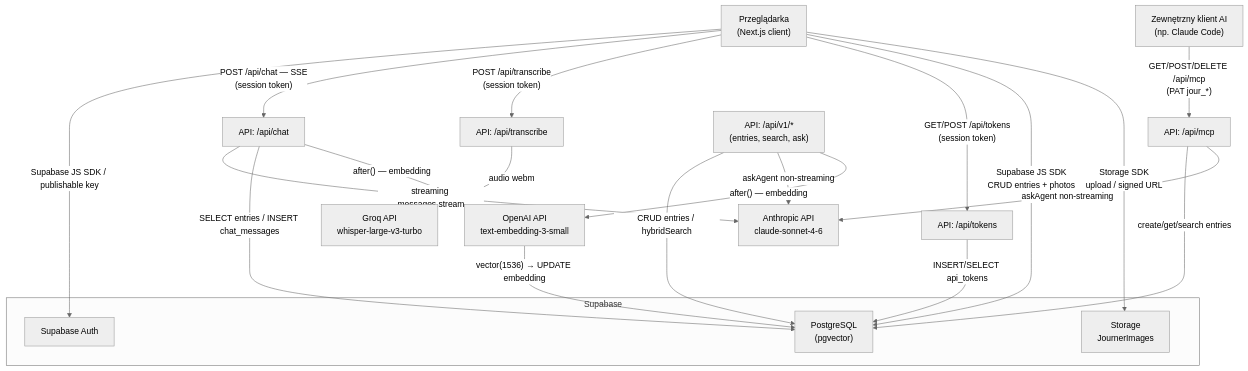
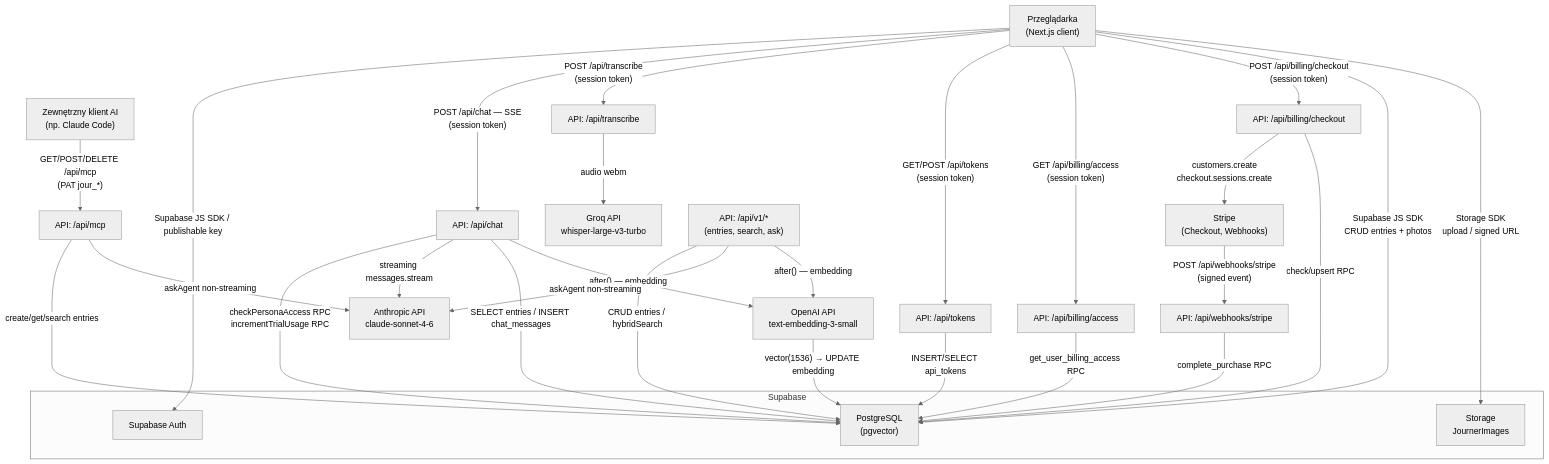
Before and after one commit to kamiljurek13-jpg/Journer: the diagram in architektura.md, drawn with Mermaid (neutral theme). The commit also changed other lines of this file, not shown here.

````diff
--- a/architektura.md
+++ b/architektura.md
@@ -13,38 +13,49 @@
 ```mermaid
 graph TD
     Browser["Przeglądarka\n(Next.js client)"]
     ExternalAI["Zewnętrzny klient AI\n(np. Claude Code)"]
+    StripeService["Stripe\n(Checkout, Webhooks)"]
 
     Browser -->|"Supabase JS SDK / publishable key"| SupaAuth["Supabase Auth"]
     Browser -->|"POST /api/chat — SSE\n(session token)"| ChatRoute["API: /api/chat"]
     Browser -->|"POST /api/transcribe\n(session token)"| TranscribeRoute["API: /api/transcribe"]
     Browser -->|"GET/POST /api/tokens\n(session token)"| TokensRoute["API: /api/tokens"]
+    Browser -->|"GET /api/billing/access\n(session token)"| BillingAccessRoute["API: /api/billing/access"]
+    Browser -->|"POST /api/billing/checkout\n(session token)"| BillingCheckoutRoute["API: /api/billing/checkout"]
     Browser -->|"Supabase JS SDK\nCRUD entries + photos"| SupaDB
     Browser -->|"Storage SDK\nupload / signed URL"| SupaStorage
 
     ExternalAI -->|"GET/POST/DELETE /api/mcp\n(PAT jour_*)"| MCPRoute["API: /api/mcp"]
 
+    BillingCheckoutRoute -->|"customers.create\ncheckout.sessions.create"| StripeService
+    StripeService -->|"POST /api/webhooks/stripe\n(signed event)"| WebhookRoute["API: /api/webhooks/stripe"]
+    WebhookRoute -->|"complete_purchase RPC"| SupaDB
+
+    BillingAccessRoute -->|"get_user_billing_access RPC"| SupaDB
+    BillingCheckoutRoute -->|"check/upsert RPC"| SupaDB
+
+    ChatRoute -->|"checkPersonaAccess RPC\nincrementTrialUsage RPC"| SupaDB
     ChatRoute -->|"streaming messages.stream"| AnthropicAPI["Anthropic API\nclaude-sonnet-4-6"]
     ChatRoute -->|"SELECT entries / INSERT chat_messages"| SupaDB
     ChatRoute -->|"after() — embedding"| OpenAIAPI
 
     TranscribeRoute -->|"audio webm"| GroqAPI["Groq API\nwhisper-large-v3-turbo"]
 
     TokensRoute -->|"INSERT/SELECT api_tokens"| SupaDB
 
     V1Routes["API: /api/v1/*\n(entries, search, ask)"]
     V1Routes -->|"CRUD entries / hybridSearch"| SupaDB
     V1Routes -->|"askAgent non-streaming"| AnthropicAPI
     V1Routes -->|"after() — embedding"| OpenAIAPI["OpenAI API\ntext-embedding-3-small"]
 
     MCPRoute -->|"create/get/search entries"| SupaDB
     MCPRoute -->|"askAgent non-streaming"| AnthropicAPI
 
     subgraph Supabase
         SupaAuth
         SupaDB["PostgreSQL\n(pgvector)"]
         SupaStorage["Storage\nJournerImages"]
     end
 
     OpenAIAPI -->|"vector(1536) → UPDATE embedding"| SupaDB
 ```
````
